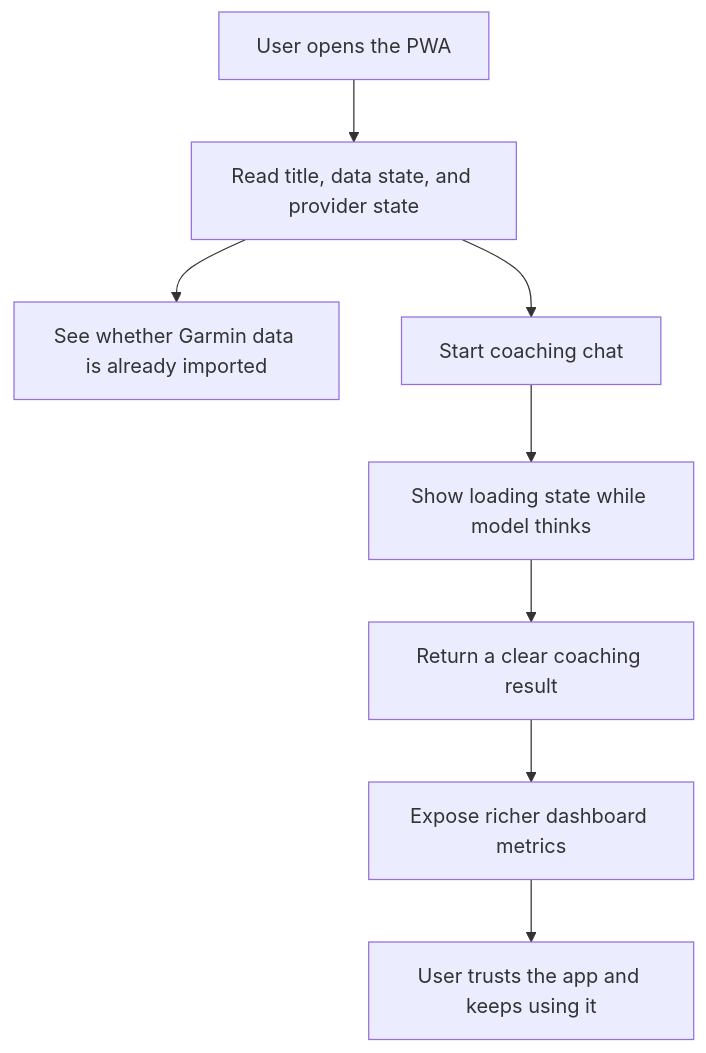
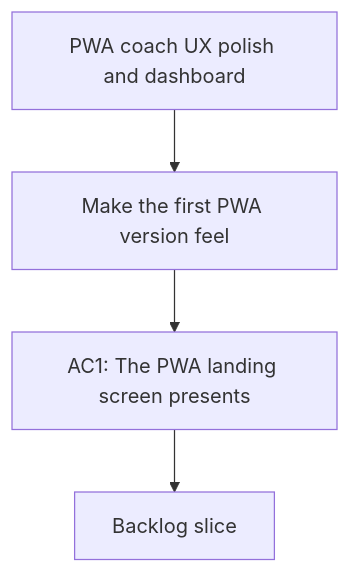
Before and after one commit to Jilanos/Coach_garmin: the diagram in logics/request/req_009_pwa_coach_ux_polish_and_dashboard_enrichment.md, drawn with Mermaid. The commit also changed other lines of this file and 86 other files, not shown here.

Commit message:
Harden chart UX and UTF-8 handling

````diff
--- a/logics/request/req_009_pwa_coach_ux_polish_and_dashboard_enrichment.md
+++ b/logics/request/req_009_pwa_coach_ux_polish_and_dashboard_enrichment.md
@@ -38,12 +38,8 @@
 ```mermaid
 %% logics-kind: request
 %% logics-signature: request|pwa-coach-ux-polish-and-dashboard-enrich|make-the-first-pwa-version-feel|ac1-the-pwa-landing-screen-presents
 flowchart TD
-    Open[User opens the PWA] --> Read[Read title, data state, and provider state]
-    Read --> Import[See whether Garmin data is already imported]
-    Read --> Chat[Start coaching chat]
-    Chat --> Busy[Show loading state while model thinks]
-    Busy --> Plan[Return a clear coaching result]
-    Plan --> Metrics[Expose richer dashboard metrics]
-    Metrics --> Trust[User trusts the app and keeps using it]
+    Trigger[PWA coach UX polish and dashboard] --> Need[Make the first PWA version feel]
+    Need --> Outcome[AC1: The PWA landing screen presents]
+    Outcome --> Backlog[Backlog slice]
 ```
````
